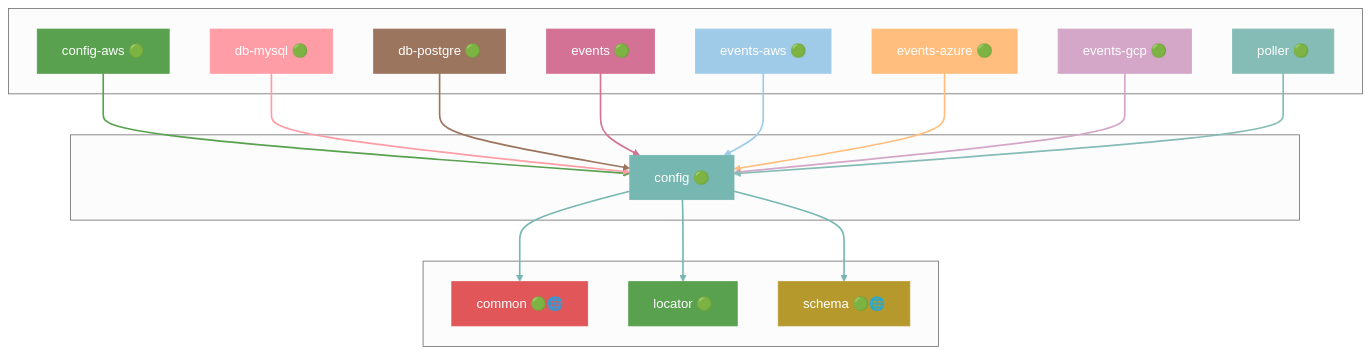
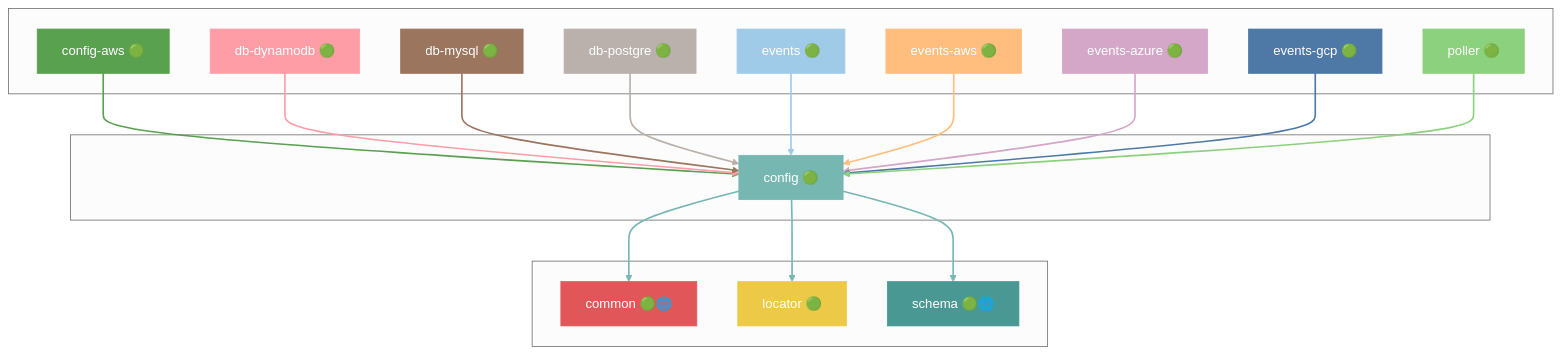
The fifth of 43 diagrams in docs/DEPENDENCIES.md (grest-ts/grest-ts), drawn with Mermaid (neutral theme) before and after one commit. The commit also changed other lines of this file and 14 other files, not shown here.

````diff
--- a/docs/DEPENDENCIES.md
+++ b/docs/DEPENDENCIES.md
@@ -497,55 +507,59 @@
 ```mermaid
 flowchart TB
     subgraph Dependents[" "]
         config-aws["config-aws 🟢"]
+        db-dynamodb["db-dynamodb 🟢"]
         db-mysql["db-mysql 🟢"]
         db-postgre["db-postgre 🟢"]
         events["events 🟢"]
         events-aws["events-aws 🟢"]
         events-azure["events-azure 🟢"]
         events-gcp["events-gcp 🟢"]
         poller["poller 🟢"]
     end
     subgraph Package[" "]
         config["config 🟢"]
     end
     subgraph Dependencies[" "]
         common["common 🟢🌐"]
         locator["locator 🟢"]
         schema["schema 🟢🌐"]
     end
     config-aws --> config
+    db-dynamodb --> config
     db-mysql --> config
     db-postgre --> config
     events --> config
     events-aws --> config
     events-azure --> config
     events-gcp --> config
     poller --> config
     config --> common
     config --> locator
     config --> schema
     style config fill:#76B7B2,stroke:#76B7B2,color:#fff
     style config-aws fill:#59A14F,stroke:#59A14F,color:#fff
-    style db-mysql fill:#FF9DA7,stroke:#FF9DA7,color:#fff
-    style db-postgre fill:#9C755F,stroke:#9C755F,color:#fff
-    style events fill:#D37295,stroke:#D37295,color:#fff
-    style events-aws fill:#A0CBE8,stroke:#A0CBE8,color:#fff
-    style events-azure fill:#FFBE7D,stroke:#FFBE7D,color:#fff
-    style events-gcp fill:#D4A6C8,stroke:#D4A6C8,color:#fff
-    style poller fill:#86BCB6,stroke:#86BCB6,color:#fff
+    style db-dynamodb fill:#FF9DA7,stroke:#FF9DA7,color:#fff
+    style db-mysql fill:#9C755F,stroke:#9C755F,color:#fff
+    style db-postgre fill:#BAB0AC,stroke:#BAB0AC,color:#fff
+    style events fill:#A0CBE8,stroke:#A0CBE8,color:#fff
+    style events-aws fill:#FFBE7D,stroke:#FFBE7D,color:#fff
+    style events-azure fill:#D4A6C8,stroke:#D4A6C8,color:#fff
+    style events-gcp fill:#4E79A7,stroke:#4E79A7,color:#fff
+    style poller fill:#8CD17D,stroke:#8CD17D,color:#fff
     style common fill:#E15759,stroke:#E15759,color:#fff
-    style locator fill:#59A14F,stroke:#59A14F,color:#fff
-    style schema fill:#B6992D,stroke:#B6992D,color:#fff
+    style locator fill:#EDC948,stroke:#EDC948,color:#fff
+    style schema fill:#499894,stroke:#499894,color:#fff
     linkStyle 0 stroke:#59A14F,stroke-width:2px
     linkStyle 1 stroke:#FF9DA7,stroke-width:2px
     linkStyle 2 stroke:#9C755F,stroke-width:2px
-    linkStyle 3 stroke:#D37295,stroke-width:2px
+    linkStyle 3 stroke:#BAB0AC,stroke-width:2px
     linkStyle 4 stroke:#A0CBE8,stroke-width:2px
     linkStyle 5 stroke:#FFBE7D,stroke-width:2px
     linkStyle 6 stroke:#D4A6C8,stroke-width:2px
-    linkStyle 7 stroke:#86BCB6,stroke-width:2px
-    linkStyle 8 stroke:#76B7B2,stroke-width:2px
+    linkStyle 7 stroke:#4E79A7,stroke-width:2px
+    linkStyle 8 stroke:#8CD17D,stroke-width:2px
     linkStyle 9 stroke:#76B7B2,stroke-width:2px
     linkStyle 10 stroke:#76B7B2,stroke-width:2px
+    linkStyle 11 stroke:#76B7B2,stroke-width:2px
 ```
````
